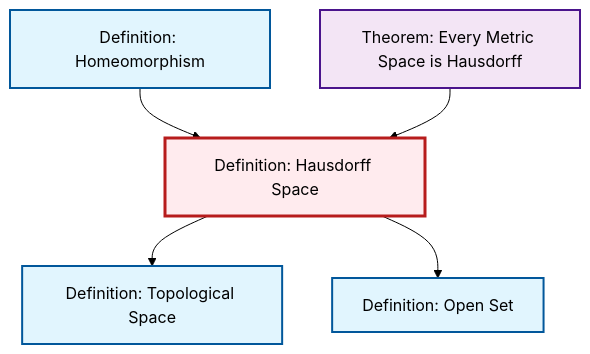
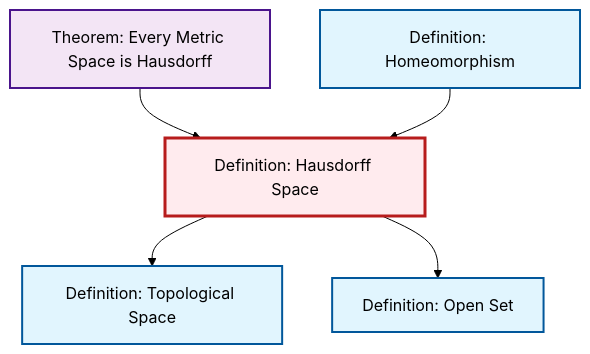
One commit to RK0429/ModernMath changed the diagram in content/ja/topology/def-hausdorff.qmd. Above: the diagram before and after it, drawn with Mermaid (forest theme). The commit also changed other lines of this file and 634 other files, not shown here.

````diff
--- a/content/ja/topology/def-hausdorff.qmd
+++ b/content/ja/topology/def-hausdorff.qmd
@@ -54,23 +54,23 @@
 ```{mermaid}
 %%| fig-cap: "Local dependency graph"
 graph TD
     classDef definition fill:#e1f5fe,stroke:#01579b,stroke-width:2px
     classDef theorem fill:#f3e5f5,stroke:#4a148c,stroke-width:2px
     classDef axiom fill:#fff3e0,stroke:#e65100,stroke-width:2px
     classDef example fill:#e8f5e9,stroke:#1b5e20,stroke-width:2px
     classDef current fill:#ffebee,stroke:#b71c1c,stroke-width:3px
-    def-open-set["Definition: Open Set"]:::definition
-    def-topological-space["Definition: Topological Space"]:::definition
     def-homeomorphism["Definition: Homeomorphism"]:::definition
     def-hausdorff["Definition: Hausdorff Space"]:::definition
     thm-metric-hausdorff["Theorem: Every Metric Space is Hausdorff"]:::theorem
+    def-topological-space["Definition: Topological Space"]:::definition
+    def-open-set["Definition: Open Set"]:::definition
+    thm-metric-hausdorff --> def-hausdorff
     def-hausdorff --> def-topological-space
     def-homeomorphism --> def-hausdorff
     def-hausdorff --> def-open-set
-    thm-metric-hausdorff --> def-hausdorff
     class def-hausdorff current
-    click def-open-set "def-open-set.html" "Definition: Open Setへ"
-    click def-topological-space "def-topological-space.html" "Definition: Topological Spaceへ"
     click def-homeomorphism "def-homeomorphism.html" "Definition: Homeomorphismへ"
     click thm-metric-hausdorff "thm-metric-hausdorff.html" "Theorem: Every Metric Space is Hausdorffへ"
+    click def-topological-space "def-topological-space.html" "Definition: Topological Spaceへ"
+    click def-open-set "def-open-set.html" "Definition: Open Setへ"
 ```
````
